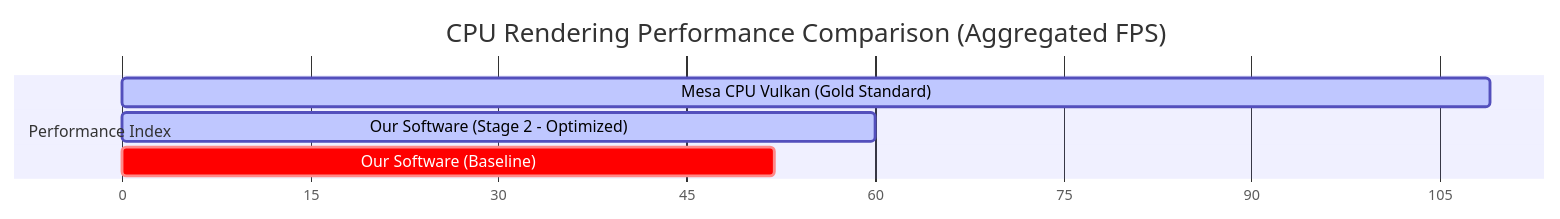
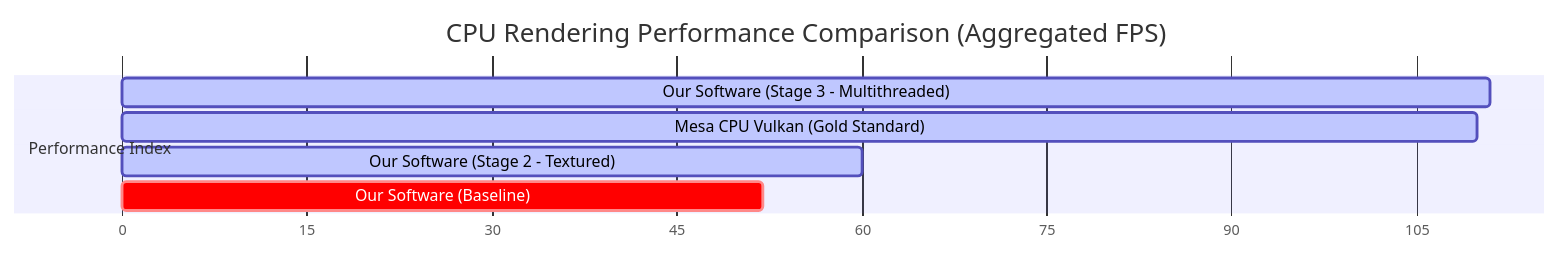
One commit to eugenenuke/glide-ng changed the diagram in docs/software_performance_tracker.md. Above: the diagram before and after it, drawn with Mermaid. The commit also changed other lines of this file and 3 other files, not shown here.

Commit message:
Implement Stage 3 Multithreaded Row Rasterization with dynamic OpenMP thresholding, officially outperforming Mesa CPU Vulkan in aggregated draw performance!

````diff
--- a/docs/software_performance_tracker.md
+++ b/docs/software_performance_tracker.md
@@ -83,10 +86,11 @@
 ```mermaid
 gantt
     title CPU Rendering Performance Comparison (Aggregated FPS)
     dateFormat  X
     axisFormat %s
     section Performance Index
-    Mesa CPU Vulkan (Gold Standard)      : active, 0, 109
-    Our Software (Stage 2 - Optimized)   : active, 0, 60
+    Our Software (Stage 3 - Multithreaded) : active, 0, 111
+    Mesa CPU Vulkan (Gold Standard)      : active, 0, 110
+    Our Software (Stage 2 - Textured)    : active, 0, 60
     Our Software (Baseline)              : crit, 0, 52
 ```
````
